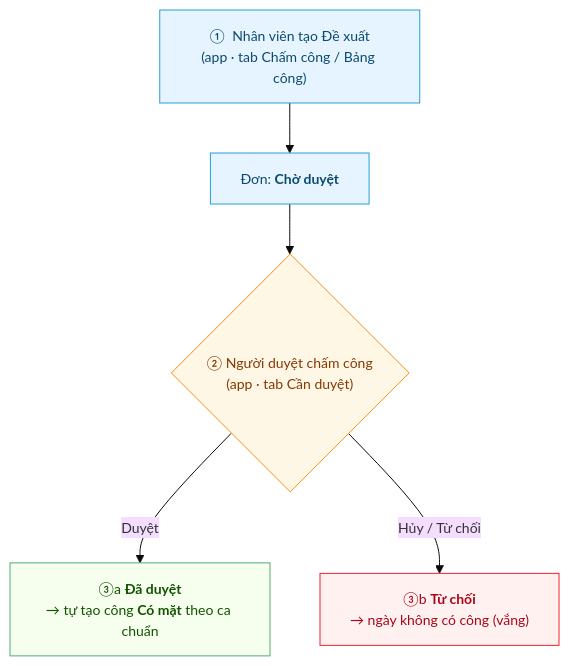
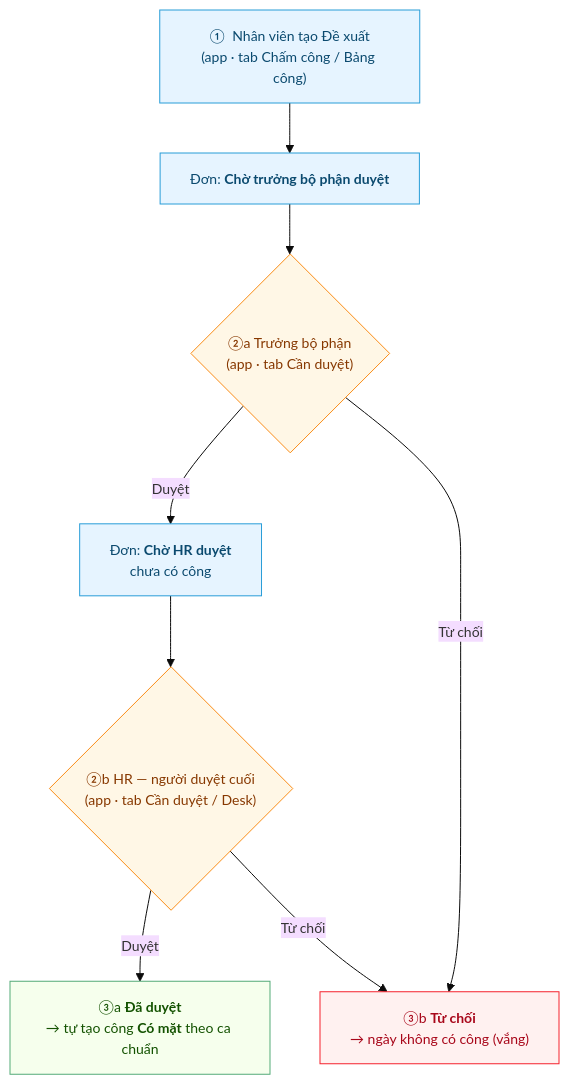
The diagram in users/Hanh-Trinh-Cham-Cong-Bu.md (CobeGroup/cobe_erp_documents), drawn with Mermaid before and after one commit. The commit also changed other lines of this file and 18 other files, not shown here.

````diff
--- a/users/Hanh-Trinh-Cham-Cong-Bu.md
+++ b/users/Hanh-Trinh-Cham-Cong-Bu.md
@@ -31,16 +31,20 @@
 ```mermaid
 %%{init:{'theme':'base','themeVariables':{'fontSize':'14px'}}}%%
 flowchart TB
   classDef nv fill:#e6f4ff,stroke:#299dd8,color:#0b4a6f;
   classDef mg fill:#fff7e6,stroke:#fa8c16,color:#873800;
   classDef ok fill:#f6ffed,stroke:#54ab78,color:#135200;
   classDef r fill:#fff1f0,stroke:#f5222d,color:#a8071a;
   A["①  Nhân viên tạo Đề xuất<br/>(app · tab Chấm công / Bảng công)"]:::nv
-  B["Đơn: <b>Chờ duyệt</b>"]:::nv
-  C{"②  Người duyệt chấm công<br/>(app · tab Cần duyệt)"}:::mg
+  B["Đơn: <b>Chờ trưởng bộ phận duyệt</b>"]:::nv
+  C{"②a  Trưởng bộ phận<br/>(app · tab Cần duyệt)"}:::mg
+  H["Đơn: <b>Chờ HR duyệt</b><br/>chưa có công"]:::nv
+  C2{"②b  HR — người duyệt cuối<br/>(app · tab Cần duyệt / Desk)"}:::mg
   D["③a <b>Đã duyệt</b><br/>→ tự tạo công <b>Có mặt</b> theo ca chuẩn"]:::ok
   E["③b <b>Từ chối</b><br/>→ ngày không có công (vắng)"]:::r
   A --> B --> C
-  C -- "Duyệt" --> D
-  C -- "Hủy / Từ chối" --> E
+  C -- "Duyệt" --> H --> C2
+  C2 -- "Duyệt" --> D
+  C -- "Từ chối" --> E
+  C2 -- "Từ chối" --> E
 ```
````
